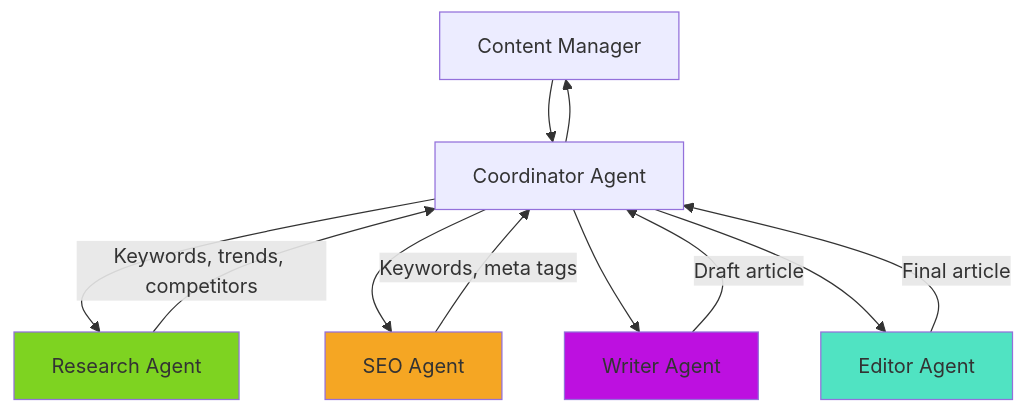
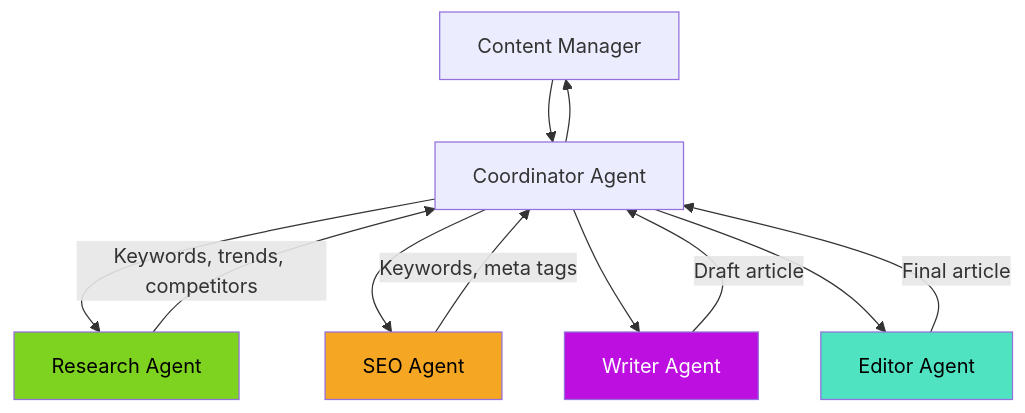
One commit to EideticPleroma/tutorials changed the first of 5 diagrams in lesson-2-multi-agent/tutorial-2/case-studies.md. Above: the diagram before and after it, drawn with Mermaid. The commit also changed other lines of this file and 7 other files, not shown here.

First line of the commit message:
docs: implement color contrast standards across all diagrams

````diff
--- a/lesson-2-multi-agent/tutorial-2/case-studies.md
+++ b/lesson-2-multi-agent/tutorial-2/case-studies.md
@@ -28,21 +28,21 @@
 ```mermaid
 flowchart TD
     User[Content Manager] --> Coordinator[Coordinator Agent]
     
     Coordinator --> Research[Research Agent]
     Coordinator --> SEO[SEO Agent]
     Coordinator --> Writer[Writer Agent]
     Coordinator --> Editor[Editor Agent]
     
     Research -->|Keywords, trends, competitors| Coordinator
     SEO -->|Keywords, meta tags| Coordinator
     Writer -->|Draft article| Coordinator
     Editor -->|Final article| Coordinator
     
     Coordinator --> User
     
-    style Research fill:#7ED321
-    style SEO fill:#F5A623
-    style Writer fill:#BD10E0
-    style Editor fill:#50E3C2
+    style Research fill:#7ED321,color:#000000
+    style SEO fill:#F5A623,color:#000000
+    style Writer fill:#BD10E0,color:#FFFFFF
+    style Editor fill:#50E3C2,color:#000000
 ```
````
